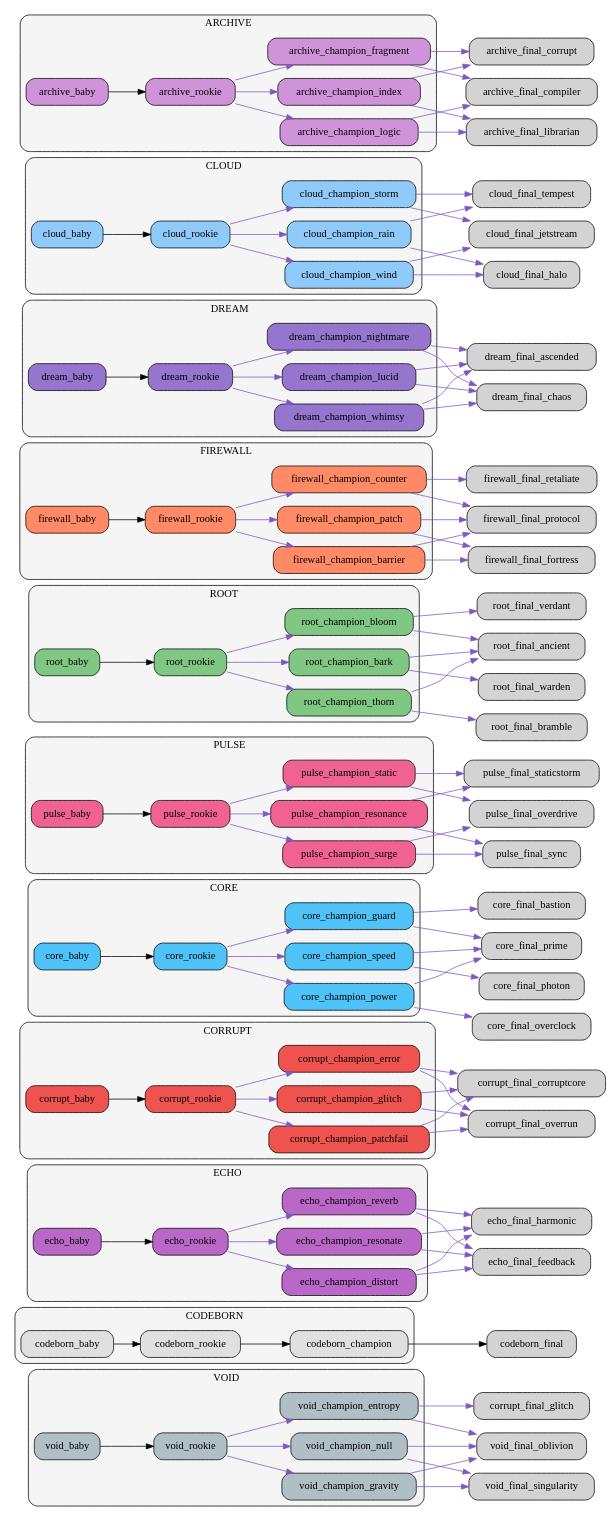
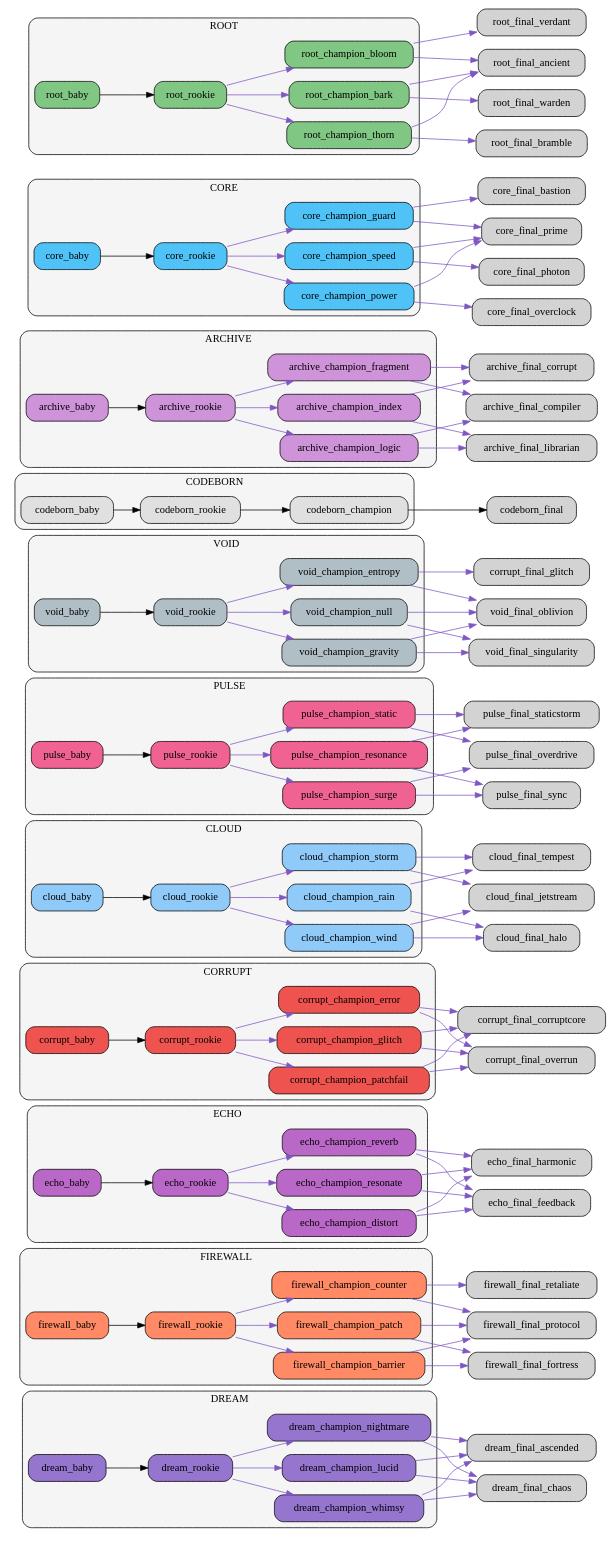
The diagram in src/netgrid/systems/evolution/graphs/clusters/evolution_clusters.dot (bwlight/NetGrid), drawn with Graphviz before and after one commit. The commit also changed other lines of this file and 8 other files, not shown here.

Commit message:
Auto-update evolution graphs

```diff
--- a/src/netgrid/systems/evolution/graphs/clusters/evolution_clusters.dot
+++ b/src/netgrid/systems/evolution/graphs/clusters/evolution_clusters.dot
@@ -1,21 +1,23 @@
 digraph EvolutionTree {
   rankdir=LR;
   node [shape=box, style="rounded,filled"];
-  subgraph cluster_void {
-    label="VOID";
+  subgraph cluster_dream {
+    label="DREAM";
     style="rounded,filled"; fillcolor="#f5f5f5";
-    "void_baby" [fillcolor="#b0bec5"];
-    "void_rookie" [fillcolor="#b0bec5"];
-    "void_champion_entropy" [fillcolor="#b0bec5"];
-    "void_champion_gravity" [fillcolor="#b0bec5"];
-    "void_champion_null" [fillcolor="#b0bec5"];
+    "dream_baby" [fillcolor="#9575cd"];
+    "dream_rookie" [fillcolor="#9575cd"];
+    "dream_champion_lucid" [fillcolor="#9575cd"];
+    "dream_champion_nightmare" [fillcolor="#9575cd"];
+    "dream_champion_whimsy" [fillcolor="#9575cd"];
   }
-  subgraph cluster_codeborn {
-    label="CODEBORN";
+  subgraph cluster_firewall {
+    label="FIREWALL";
     style="rounded,filled"; fillcolor="#f5f5f5";
-    "codeborn_baby" [fillcolor="#e0e0e0"];
-    "codeborn_rookie" [fillcolor="#e0e0e0"];
-    "codeborn_champion" [fillcolor="#e0e0e0"];
+    "firewall_baby" [fillcolor="#ff8a65"];
+    "firewall_rookie" [fillcolor="#ff8a65"];
+    "firewall_champion_barrier" [fillcolor="#ff8a65"];
+    "firewall_champion_counter" [fillcolor="#ff8a65"];
+    "firewall_champion_patch" [fillcolor="#ff8a65"];
   }
   subgraph cluster_echo {
     label="ECHO";
@@ -35,14 +37,14 @@
     "corrupt_champion_error" [fillcolor="#ef5350"];
     "corrupt_champion_patchfail" [fillcolor="#ef5350"];
   }
-  subgraph cluster_core {
-    label="CORE";
+  subgraph cluster_cloud {
+    label="CLOUD";
     style="rounded,filled"; fillcolor="#f5f5f5";
-    "core_baby" [fillcolor="#4fc3f7"];
-    "core_rookie" [fillcolor="#4fc3f7"];
-    "core_champion_power" [fillcolor="#4fc3f7"];
-    "core_champion_guard" [fillcolor="#4fc3f7"];
-    "core_champion_speed" [fillcolor="#4fc3f7"];
+    "cloud_baby" [fillcolor="#90caf9"];
+    "cloud_rookie" [fillcolor="#90caf9"];
+    "cloud_champion_wind" [fillcolor="#90caf9"];
+    "cloud_champion_rain" [fillcolor="#90caf9"];
+    "cloud_champion_storm" [fillcolor="#90caf9"];
   }
   subgraph cluster_pulse {
     label="PULSE";
@@ -53,41 +55,21 @@
     "pulse_champion_resonance" [fillcolor="#f06292"];
     "pulse_champion_static" [fillcolor="#f06292"];
   }
-  subgraph cluster_root {
-    label="ROOT";
+  subgraph cluster_void {
+    label="VOID";
     style="rounded,filled"; fillcolor="#f5f5f5";
-    "root_baby" [fillcolor="#81c784"];
-    "root_rookie" [fillcolor="#81c784"];
-    "root_champion_thorn" [fillcolor="#81c784"];
-    "root_champion_bloom" [fillcolor="#81c784"];
-    "root_champion_bark" [fillcolor="#81c784"];
+    "void_baby" [fillcolor="#b0bec5"];
+    "void_rookie" [fillcolor="#b0bec5"];
+    "void_champion_entropy" [fillcolor="#b0bec5"];
+    "void_champion_gravity" [fillcolor="#b0bec5"];
+    "void_champion_null" [fillcolor="#b0bec5"];
   }
-  subgraph cluster_firewall {
-    label="FIREWALL";
+  subgraph cluster_codeborn {
+    label="CODEBORN";
     style="rounded,filled"; fillcolor="#f5f5f5";
-    "firewall_baby" [fillcolor="#ff8a65"];
-    "firewall_rookie" [fillcolor="#ff8a65"];
-    "firewall_champion_barrier" [fillcolor="#ff8a65"];
-    "firewall_champion_counter" [fillcolor="#ff8a65"];
-    "firewall_champion_patch" [fillcolor="#ff8a65"];
-  }
-  subgraph cluster_dream {
-    label="DREAM";
-    style="rounded,filled"; fillcolor="#f5f5f5";
-    "dream_baby" [fillcolor="#9575cd"];
-    "dream_rookie" [fillcolor="#9575cd"];
-    "dream_champion_lucid" [fillcolor="#9575cd"];
-    "dream_champion_nightmare" [fillcolor="#9575cd"];
-    "dream_champion_whimsy" [fillcolor="#9575cd"];
-  }
-  subgraph cluster_cloud {
-    label="CLOUD";
-    style="rounded,filled"; fillcolor="#f5f5f5";
-    "cloud_baby" [fillcolor="#90caf9"];
-    "cloud_rookie" [fillcolor="#90caf9"];
-    "cloud_champion_wind" [fillcolor="#90caf9"];
-    "cloud_champion_rain" [fillcolor="#90caf9"];
-    "cloud_champion_storm" [fillcolor="#90caf9"];
+    "codeborn_baby" [fillcolor="#e0e0e0"];
+    "codeborn_rookie" [fillcolor="#e0e0e0"];
+    "codeborn_champion" [fillcolor="#e0e0e0"];
   }
   subgraph cluster_archive {
     label="ARCHIVE";
@@ -98,19 +80,44 @@
     "archive_champion_index" [fillcolor="#ce93d8"];
     "archive_champion_fragment" [fillcolor="#ce93d8"];
   }
-  "void_baby" -> "void_rookie";
-  "void_rookie" -> "void_champion_entropy" [color="#7e57c2"];
-  "void_rookie" -> "void_champion_gravity" [color="#7e57c2"];
-  "void_rookie" -> "void_champion_null" [color="#7e57c2"];
-  "void_champion_entropy" -> "corrupt_final_glitch" [color="#7e57c2"];
-  "void_champion_entropy" -> "void_final_oblivion" [color="#7e57c2"];
-  "void_champion_gravity" -> "void_final_singularity" [color="#7e57c2"];
-  "void_champion_gravity" -> "void_final_oblivion" [color="#7e57c2"];
-  "void_champion_null" -> "void_final_oblivion" [color="#7e57c2"];
-  "void_champion_null" -> "void_final_singularity" [color="#7e57c2"];
-  "codeborn_baby" -> "codeborn_rookie";
-  "codeborn_rookie" -> "codeborn_champion";
-  "codeborn_champion" -> "codeborn_final";
+  subgraph cluster_core {
+    label="CORE";
+    style="rounded,filled"; fillcolor="#f5f5f5";
+    "core_baby" [fillcolor="#4fc3f7"];
+    "core_rookie" [fillcolor="#4fc3f7"];
+    "core_champion_power" [fillcolor="#4fc3f7"];
+    "core_champion_guard" [fillcolor="#4fc3f7"];
+    "core_champion_speed" [fillcolor="#4fc3f7"];
+  }
+  subgraph cluster_root {
+    label="ROOT";
+    style="rounded,filled"; fillcolor="#f5f5f5";
+    "root_baby" [fillcolor="#81c784"];
+    "root_rookie" [fillcolor="#81c784"];
+    "root_champion_thorn" [fillcolor="#81c784"];
+    "root_champion_bloom" [fillcolor="#81c784"];
+    "root_champion_bark" [fillcolor="#81c784"];
+  }
+  "dream_baby" -> "dream_rookie";
+  "dream_rookie" -> "dream_champion_lucid" [color="#7e57c2"];
+  "dream_rookie" -> "dream_champion_nightmare" [color="#7e57c2"];
+  "dream_rookie" -> "dream_champion_whimsy" [color="#7e57c2"];
+  "dream_champion_lucid" -> "dream_final_ascended" [color="#7e57c2"];
+  "dream_champion_lucid" -> "dream_final_chaos" [color="#7e57c2"];
+  "dream_champion_nightmare" -> "dream_final_chaos" [color="#7e57c2"];
+  "dream_champion_nightmare" -> "dream_final_ascended" [color="#7e57c2"];
+  "dream_champion_whimsy" -> "dream_final_ascended" [color="#7e57c2"];
+  "dream_champion_whimsy" -> "dream_final_chaos" [color="#7e57c2"];
+  "firewall_baby" -> "firewall_rookie";
+  "firewall_rookie" -> "firewall_champion_barrier" [color="#7e57c2"];
+  "firewall_rookie" -> "firewall_champion_counter" [color="#7e57c2"];
+  "firewall_rookie" -> "firewall_champion_patch" [color="#7e57c2"];
+  "firewall_champion_barrier" -> "firewall_final_fortress" [color="#7e57c2"];
+  "firewall_champion_barrier" -> "firewall_final_protocol" [color="#7e57c2"];
+  "firewall_champion_counter" -> "firewall_final_retaliate" [color="#7e57c2"];
+  "firewall_champion_counter" -> "firewall_final_protocol" [color="#7e57c2"];
+  "firewall_champion_patch" -> "firewall_final_protocol" [color="#7e57c2"];
+  "firewall_champion_patch" -> "firewall_final_fortress" [color="#7e57c2"];
   "echo_baby" -> "echo_rookie";
   "echo_rookie" -> "echo_champion_resonate" [color="#7e57c2"];
   "echo_rookie" -> "echo_champion_reverb" [color="#7e57c2"];
@@ -131,6 +138,49 @@
   "corrupt_champion_error" -> "corrupt_final_corruptcore" [color="#7e57c2"];
   "corrupt_champion_patchfail" -> "corrupt_final_corruptcore" [color="#7e57c2"];
   "corrupt_champion_patchfail" -> "corrupt_final_overrun" [color="#7e57c2"];
+  "cloud_baby" -> "cloud_rookie";
+  "cloud_rookie" -> "cloud_champion_wind" [color="#7e57c2"];
+  "cloud_rookie" -> "cloud_champion_rain" [color="#7e57c2"];
+  "cloud_rookie" -> "cloud_champion_storm" [color="#7e57c2"];
+  "cloud_champion_wind" -> "cloud_final_jetstream" [color="#7e57c2"];
+  "cloud_champion_wind" -> "cloud_final_halo" [color="#7e57c2"];
+  "cloud_champion_rain" -> "cloud_final_halo" [color="#7e57c2"];
+  "cloud_champion_rain" -> "cloud_final_tempest" [color="#7e57c2"];
+  "cloud_champion_storm" -> "cloud_final_tempest" [color="#7e57c2"];
+  "cloud_champion_storm" -> "cloud_final_jetstream" [color="#7e57c2"];
+  "pulse_baby" -> "pulse_rookie";
+  "pulse_rookie" -> "pulse_champion_surge" [color="#7e57c2"];
+  "pulse_rookie" -> "pulse_champion_resonance" [color="#7e57c2"];
+  "pulse_rookie" -> "pulse_champion_static" [color="#7e57c2"];
+  "pulse_champion_surge" -> "pulse_final_overdrive" [color="#7e57c2"];
+  "pulse_champion_surge" -> "pulse_final_sync" [color="#7e57c2"];
+  "pulse_champion_resonance" -> "pulse_final_sync" [color="#7e57c2"];
+  "pulse_champion_resonance" -> "pulse_final_staticstorm" [color="#7e57c2"];
+  "pulse_champion_static" -> "pulse_final_staticstorm" [color="#7e57c2"];
+  "pulse_champion_static" -> "pulse_final_overdrive" [color="#7e57c2"];
+  "void_baby" -> "void_rookie";
+  "void_rookie" -> "void_champion_entropy" [color="#7e57c2"];
+  "void_rookie" -> "void_champion_gravity" [color="#7e57c2"];
+  "void_rookie" -> "void_champion_null" [color="#7e57c2"];
+  "void_champion_entropy" -> "corrupt_final_glitch" [color="#7e57c2"];
+  "void_champion_entropy" -> "void_final_oblivion" [color="#7e57c2"];
+  "void_champion_gravity" -> "void_final_singularity" [color="#7e57c2"];
+  "void_champion_gravity" -> "void_final_oblivion" [color="#7e57c2"];
+  "void_champion_null" -> "void_final_oblivion" [color="#7e57c2"];
+  "void_champion_null" -> "void_final_singularity" [color="#7e57c2"];
+  "codeborn_baby" -> "codeborn_rookie";
+  "codeborn_rookie" -> "codeborn_champion";
+  "codeborn_champion" -> "codeborn_final";
+  "archive_baby" -> "archive_rookie";
+  "archive_rookie" -> "archive_champion_logic" [color="#7e57c2"];
+  "archive_rookie" -> "archive_champion_index" [color="#7e57c2"];
+  "archive_rookie" -> "archive_champion_fragment" [color="#7e57c2"];
+  "archive_champion_logic" -> "archive_final_compiler" [color="#7e57c2"];
+  "archive_champion_logic" -> "archive_final_librarian" [color="#7e57c2"];
+  "archive_champion_index" -> "archive_final_librarian" [color="#7e57c2"];
+  "archive_champion_index" -> "archive_final_corrupt" [color="#7e57c2"];
+  "archive_champion_fragment" -> "archive_final_corrupt" [color="#7e57c2"];
+  "archive_champion_fragment" -> "archive_final_compiler" [color="#7e57c2"];
   "core_baby" -> "core_rookie";
   "core_rookie" -> "core_champion_power" [color="#7e57c2"];
   "core_rookie" -> "core_champion_guard" [color="#7e57c2"];
@@ -141,16 +191,6 @@
   "core_champion_guard" -> "core_final_prime" [color="#7e57c2"];
   "core_champion_speed" -> "core_final_photon" [color="#7e57c2"];
   "core_champion_speed" -> "core_final_prime" [color="#7e57c2"];
-  "pulse_baby" -> "pulse_rookie";
-  "pulse_rookie" -> "pulse_champion_surge" [color="#7e57c2"];
-  "pulse_rookie" -> "pulse_champion_resonance" [color="#7e57c2"];
-  "pulse_rookie" -> "pulse_champion_static" [color="#7e57c2"];
-  "pulse_champion_surge" -> "pulse_final_overdrive" [color="#7e57c2"];
-  "pulse_champion_surge" -> "pulse_final_sync" [color="#7e57c2"];
-  "pulse_champion_resonance" -> "pulse_final_sync" [color="#7e57c2"];
-  "pulse_champion_resonance" -> "pulse_final_staticstorm" [color="#7e57c2"];
-  "pulse_champion_static" -> "pulse_final_staticstorm" [color="#7e57c2"];
-  "pulse_champion_static" -> "pulse_final_overdrive" [color="#7e57c2"];
   "root_baby" -> "root_rookie";
   "root_rookie" -> "root_champion_thorn" [color="#7e57c2"];
   "root_rookie" -> "root_champion_bloom" [color="#7e57c2"];
@@ -161,44 +201,4 @@
   "root_champion_bloom" -> "root_final_verdant" [color="#7e57c2"];
   "root_champion_bark" -> "root_final_warden" [color="#7e57c2"];
   "root_champion_bark" -> "root_final_ancient" [color="#7e57c2"];
-  "firewall_baby" -> "firewall_rookie";
-  "firewall_rookie" -> "firewall_champion_barrier" [color="#7e57c2"];
-  "firewall_rookie" -> "firewall_champion_counter" [color="#7e57c2"];
-  "firewall_rookie" -> "firewall_champion_patch" [color="#7e57c2"];
-  "firewall_champion_barrier" -> "firewall_final_fortress" [color="#7e57c2"];
-  "firewall_champion_barrier" -> "firewall_final_protocol" [color="#7e57c2"];
-  "firewall_champion_counter" -> "firewall_final_retaliate" [color="#7e57c2"];
-  "firewall_champion_counter" -> "firewall_final_protocol" [color="#7e57c2"];
-  "firewall_champion_patch" -> "firewall_final_protocol" [color="#7e57c2"];
-  "firewall_champion_patch" -> "firewall_final_fortress" [color="#7e57c2"];
-  "dream_baby" -> "dream_rookie";
-  "dream_rookie" -> "dream_champion_lucid" [color="#7e57c2"];
-  "dream_rookie" -> "dream_champion_nightmare" [color="#7e57c2"];
-  "dream_rookie" -> "dream_champion_whimsy" [color="#7e57c2"];
-  "dream_champion_lucid" -> "dream_final_ascended" [color="#7e57c2"];
-  "dream_champion_lucid" -> "dream_final_chaos" [color="#7e57c2"];
-  "dream_champion_nightmare" -> "dream_final_chaos" [color="#7e57c2"];
-  "dream_champion_nightmare" -> "dream_final_ascended" [color="#7e57c2"];
-  "dream_champion_whimsy" -> "dream_final_ascended" [color="#7e57c2"];
-  "dream_champion_whimsy" -> "dream_final_chaos" [color="#7e57c2"];
-  "cloud_baby" -> "cloud_rookie";
-  "cloud_rookie" -> "cloud_champion_wind" [color="#7e57c2"];
-  "cloud_rookie" -> "cloud_champion_rain" [color="#7e57c2"];
-  "cloud_rookie" -> "cloud_champion_storm" [color="#7e57c2"];
-  "cloud_champion_wind" -> "cloud_final_jetstream" [color="#7e57c2"];
-  "cloud_champion_wind" -> "cloud_final_halo" [color="#7e57c2"];
-  "cloud_champion_rain" -> "cloud_final_halo" [color="#7e57c2"];
-  "cloud_champion_rain" -> "cloud_final_tempest" [color="#7e57c2"];
-  "cloud_champion_storm" -> "cloud_final_tempest" [color="#7e57c2"];
-  "cloud_champion_storm" -> "cloud_final_jetstream" [color="#7e57c2"];
-  "archive_baby" -> "archive_rookie";
-  "archive_rookie" -> "archive_champion_logic" [color="#7e57c2"];
-  "archive_rookie" -> "archive_champion_index" [color="#7e57c2"];
-  "archive_rookie" -> "archive_champion_fragment" [color="#7e57c2"];
-  "archive_champion_logic" -> "archive_final_compiler" [color="#7e57c2"];
-  "archive_champion_logic" -> "archive_final_librarian" [color="#7e57c2"];
-  "archive_champion_index" -> "archive_final_librarian" [color="#7e57c2"];
-  "archive_champion_index" -> "archive_final_corrupt" [color="#7e57c2"];
-  "archive_champion_fragment" -> "archive_final_corrupt" [color="#7e57c2"];
-  "archive_champion_fragment" -> "archive_final_compiler" [color="#7e57c2"];
 }
```
